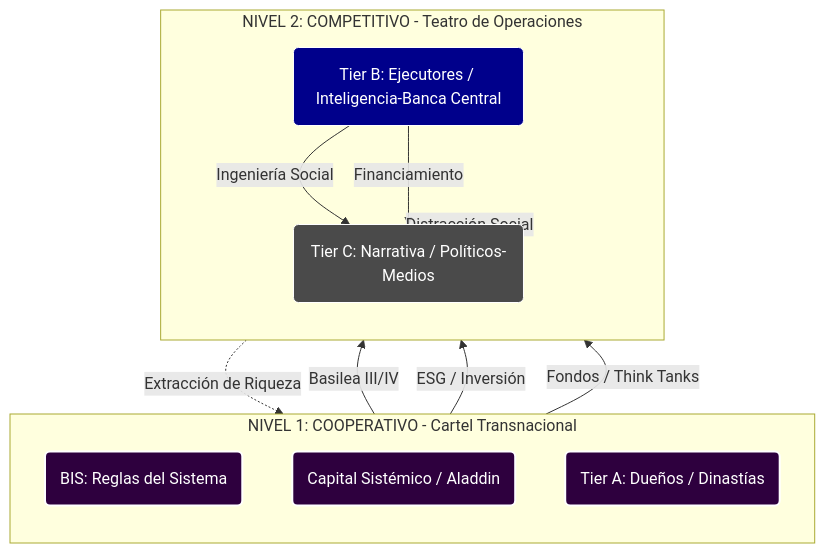
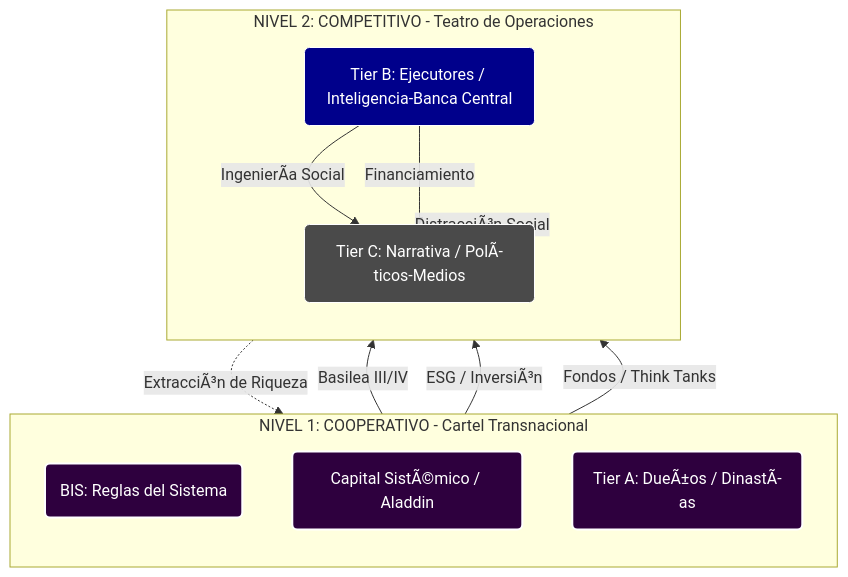
The diagram in content/00_Mapa_de_Poder_Global_A-Z.md (terapialiberal/biblioteca), drawn with Mermaid before and after one commit. The commit also changed other lines of this file and 502 other files, not shown here.

````diff
--- a/content/00_Mapa_de_Poder_Global_A-Z.md
+++ b/content/00_Mapa_de_Poder_Global_A-Z.md
@@ -46,32 +47,32 @@
 ```mermaid
 graph TD
     classDef level1 fill:#2e003e,stroke:#fff,stroke-width:2px,color:#fff;
     classDef tierA fill:#8b0000,stroke:#fff,stroke-width:2px,color:#fff;
     classDef tierB fill:#00008b,stroke:#fff,stroke-width:1px,color:#fff;
     classDef tierC fill:#4a4a4a,stroke:#fff,stroke-width:1px,color:#fff;
     classDef flow fill:none,stroke:#0f0,stroke-width:1px,color:#0f0,stroke-dasharray: 5 5;
 
     subgraph Nivel_1 [NIVEL 1: COOPERATIVO - Cartel Transnacional]
         direction TB
         BIS(BIS: Reglas del Sistema):::level1
-        BlackRock(Capital Sistémico / Aladdin):::level1
-        Dynasties(Tier A: Dueños / Dinastías):::level1
+        BlackRock(Capital SistÃ©mico / Aladdin):::level1
+        Dynasties(Tier A: DueÃ±os / DinastÃ­as):::level1
     end
 
     subgraph Nivel_2 [NIVEL 2: COMPETITIVO - Teatro de Operaciones]
         direction TB
         TierB(Tier B: Ejecutores / Inteligencia-Banca Central):::tierB
-        TierC(Tier C: Narrativa / Políticos-Medios):::tierC
+        TierC(Tier C: Narrativa / PolÃ­ticos-Medios):::tierC
     end
 
     %% Flujos de Poder
     BIS -->|Basilea III/IV| TierB
-    BlackRock -->|ESG / Inversión| TierB
+    BlackRock -->|ESG / InversiÃ³n| TierB
     Dynasties -->|Fondos / Think Tanks| TierB
     
-    TierB -->|Ingeniería Social| TierC
+    TierB -->|IngenierÃ­a Social| TierC
     TierB -->|Financiamiento| TierC
     
-    TierC -.->|Distracción Social| Nivel_2
-    TierB -.->|Extracción de Riqueza| Nivel_1
+    TierC -.->|DistracciÃ³n Social| Nivel_2
+    TierB -.->|ExtracciÃ³n de Riqueza| Nivel_1
 ```
````
